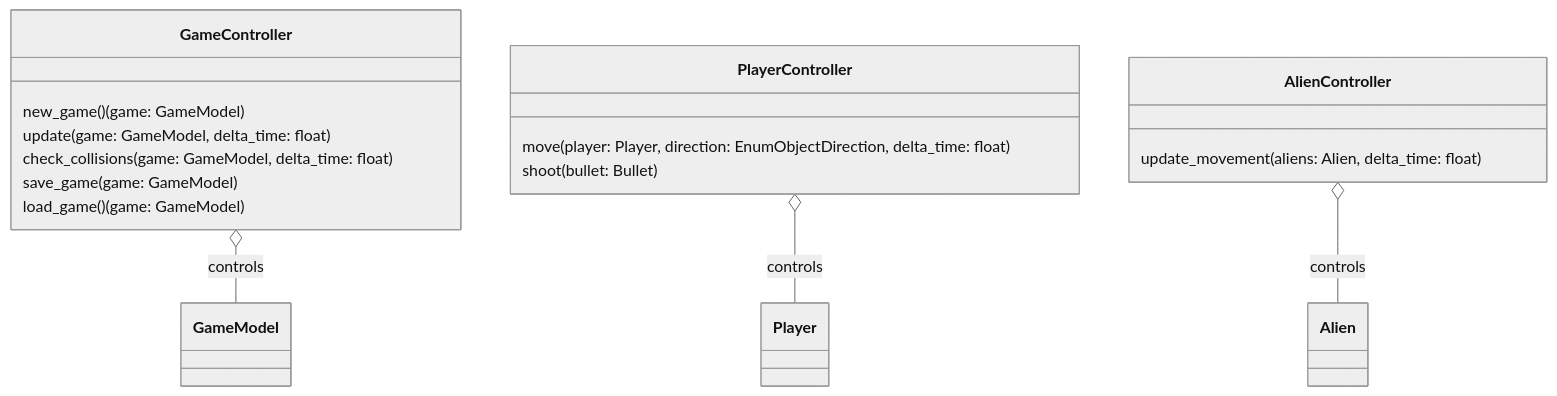
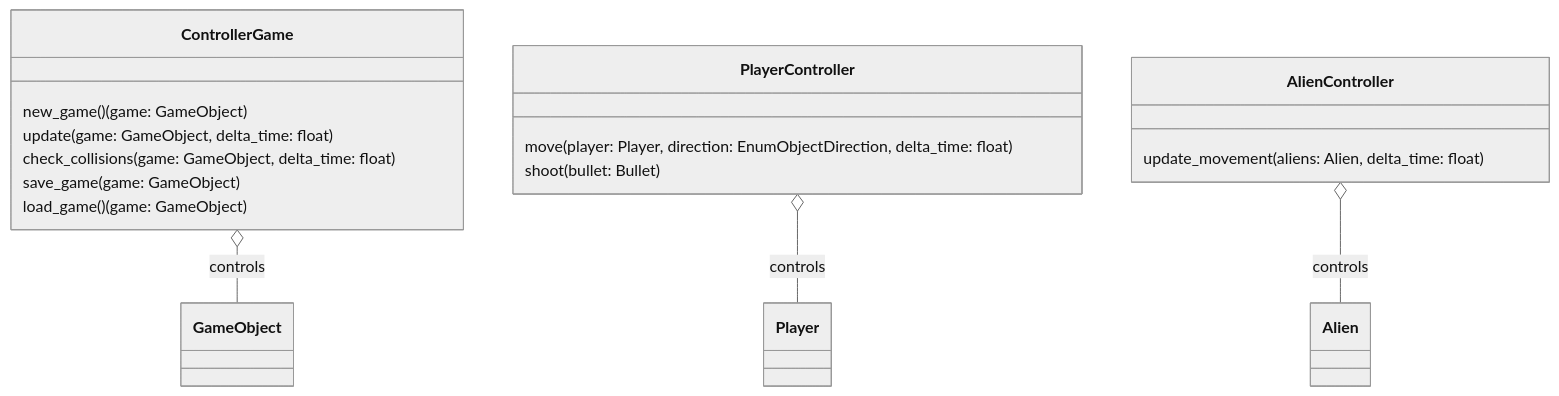
The diagram in UML/controller.md (Austriss/Space-Invaders-Austris), drawn with Mermaid (neutral theme) before and after one commit. The commit also changed 13 other files, not shown here.

````diff
--- a/UML/controller.md
+++ b/UML/controller.md
@@ -1,25 +1,25 @@
 ```mermaid
 classDiagram
-    class GameController {
-        new_game()(game: GameModel)
-        update(game: GameModel, delta_time: float)
-        check_collisions(game: GameModel, delta_time: float)
-        save_game(game: GameModel)
-        load_game()(game: GameModel)
+    class ControllerGame {
+        new_game()(game: GameObject)
+        update(game: GameObject, delta_time: float)
+        check_collisions(game: GameObject, delta_time: float)
+        save_game(game: GameObject)
+        load_game()(game: GameObject)
     }
 
     class PlayerController {
         move(player: Player, direction: EnumObjectDirection, delta_time: float)
         shoot(bullet: Bullet)
     }
 
     class AlienController {
         update_movement(aliens: Alien, delta_time: float)
     }
 
 
-    GameController o-- GameModel : controls
+    ControllerGame o-- GameObject : controls
     PlayerController o-- Player : controls
     AlienController o-- Alien : controls
   
 ```
````
